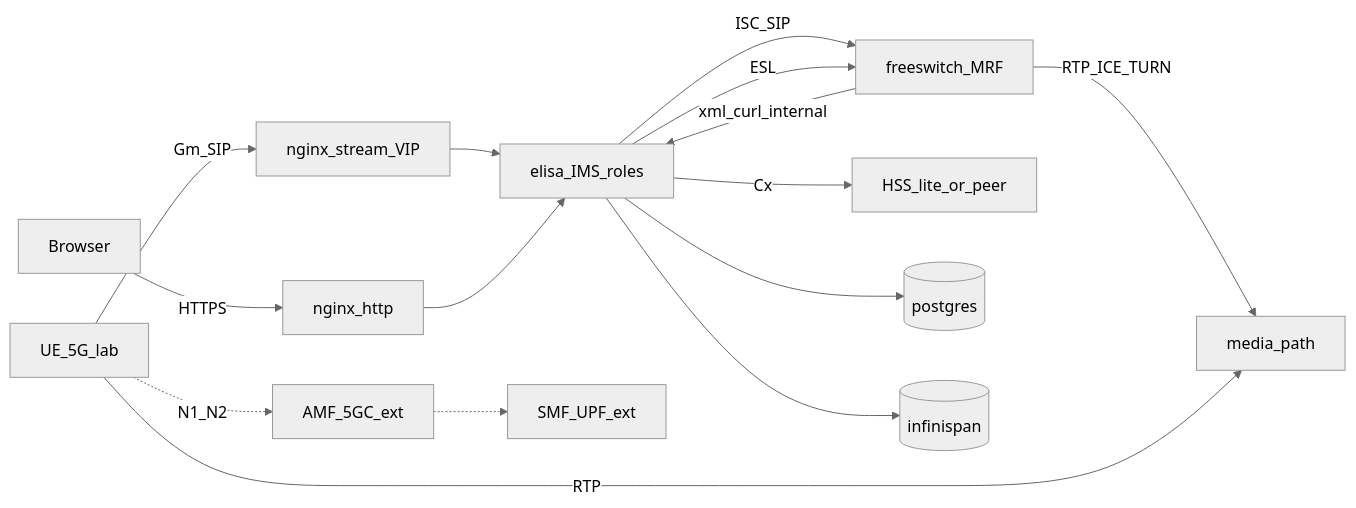
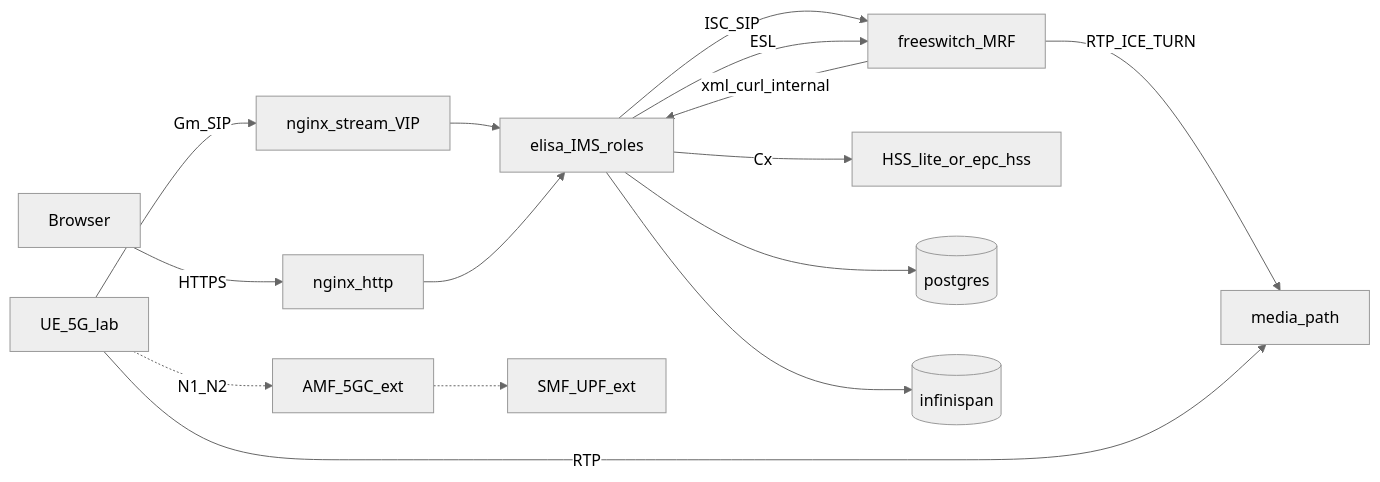
One commit to nhanth87/sip-freeswitch changed the diagram in docs/agents/architecture.md. Above: the diagram before and after it, drawn with Mermaid (neutral theme). The commit also changed other lines of this file and 53 other files, not shown here.

````diff
--- a/docs/agents/architecture.md
+++ b/docs/agents/architecture.md
@@ -7,17 +7,17 @@
 ```mermaid
 flowchart LR
   UE[UE_5G_lab] -->|Gm_SIP| NGX[nginx_stream_VIP]
   Admin[Browser] -->|HTTPS| NGX_H[nginx_http]
   NGX --> Elisa[elisa_IMS_roles]
   NGX_H --> Elisa
   UE -.->|N1_N2| AMF[AMF_5GC_ext]
   AMF -.-> SMF[SMF_UPF_ext]
   Elisa -->|ISC_SIP| FS[freeswitch_MRF]
   Elisa -->|ESL| FS
-  Elisa -->|Cx| HSS[HSS_lite_or_peer]
+  Elisa -->|Cx| HSS[HSS_lite_or_epc_hss]
   FS -->|RTP_ICE_TURN| Media[media_path]
   UE -->|RTP| Media
   FS -->|xml_curl_internal| Elisa
   Elisa --> PG[(postgres)]
   Elisa --> ISPN[(infinispan)]
 ```
````
